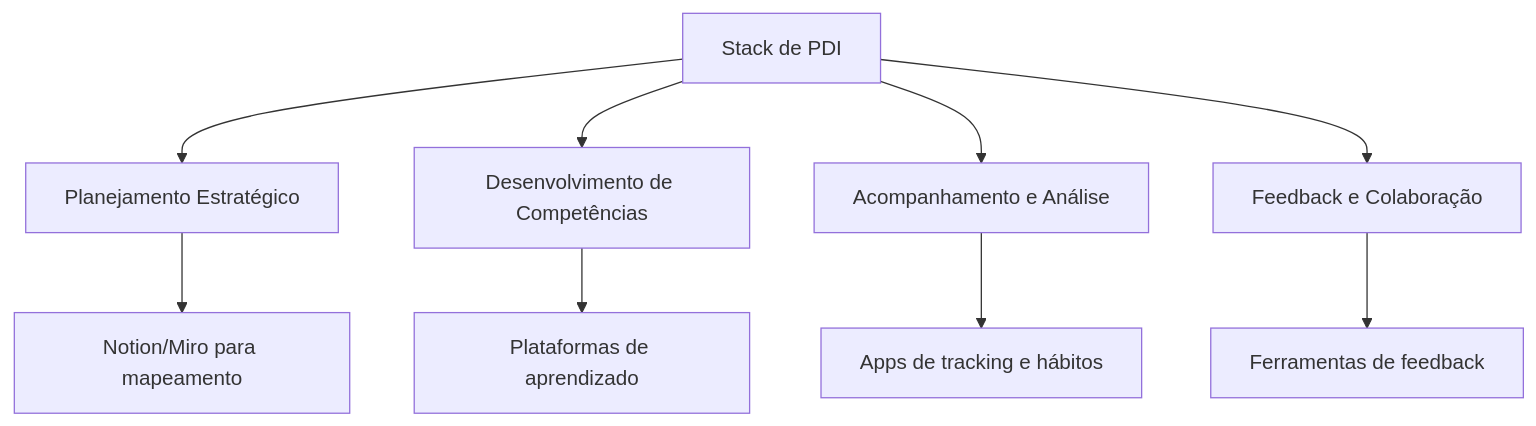
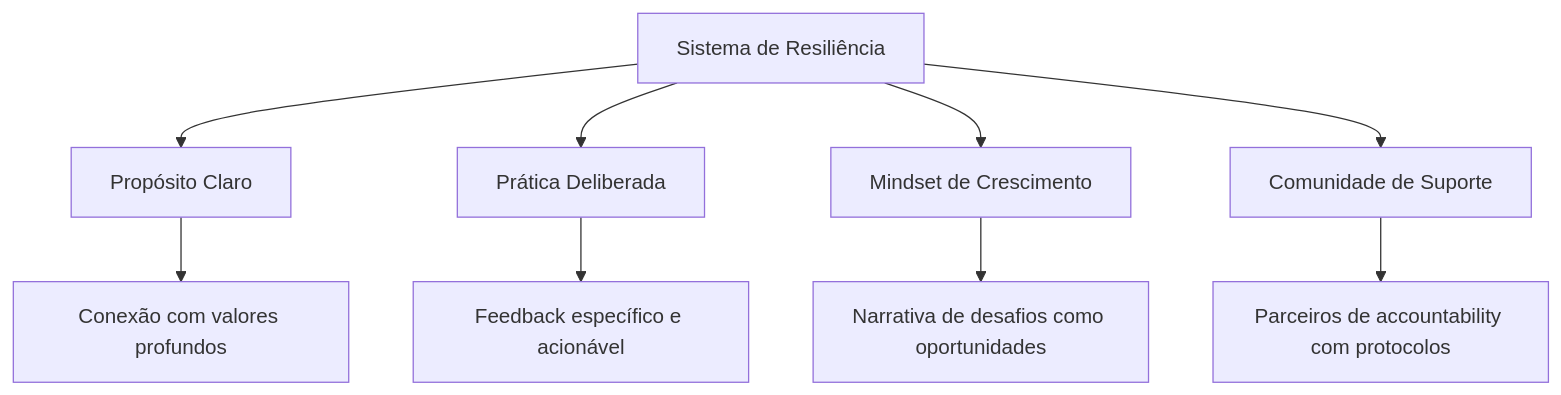
The sixth of 7 diagrams in Leadership/pdi.md (felipepimentel/my-public-notes), drawn with Mermaid before and after one commit. The commit also changed other lines of this file, not shown here.

````diff
--- a/Leadership/pdi.md
+++ b/Leadership/pdi.md
@@ -496,12 +623,12 @@
 ```mermaid
 graph TD
-    A[Stack de PDI] --> B[Planejamento Estratégico]
-    A --> C[Desenvolvimento de Competências]
-    A --> D[Acompanhamento e Análise]
-    A --> E[Feedback e Colaboração]
+    A[Sistema de Resiliência] --> B[Propósito Claro]
+    A --> C[Prática Deliberada]
+    A --> D[Mindset de Crescimento]
+    A --> E[Comunidade de Suporte]
     
-    B --> F[Notion/Miro para mapeamento]
-    C --> G[Plataformas de aprendizado]
-    D --> H[Apps de tracking e hábitos]
-    E --> I[Ferramentas de feedback]
+    B --> F[Conexão com valores profundos]
+    C --> G[Feedback específico e acionável]
+    D --> H[Narrativa de desafios como oportunidades]
+    E --> I[Parceiros de accountability com protocolos]
 ```
````
